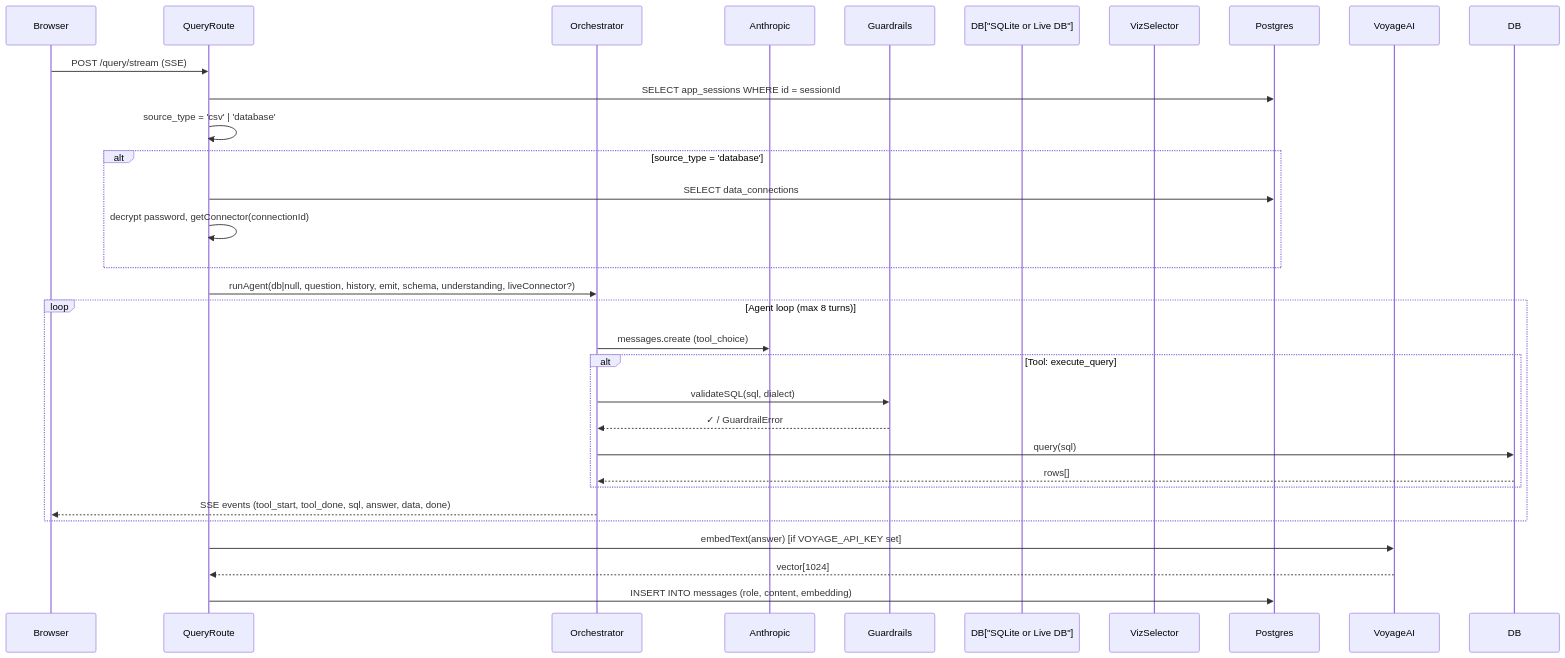
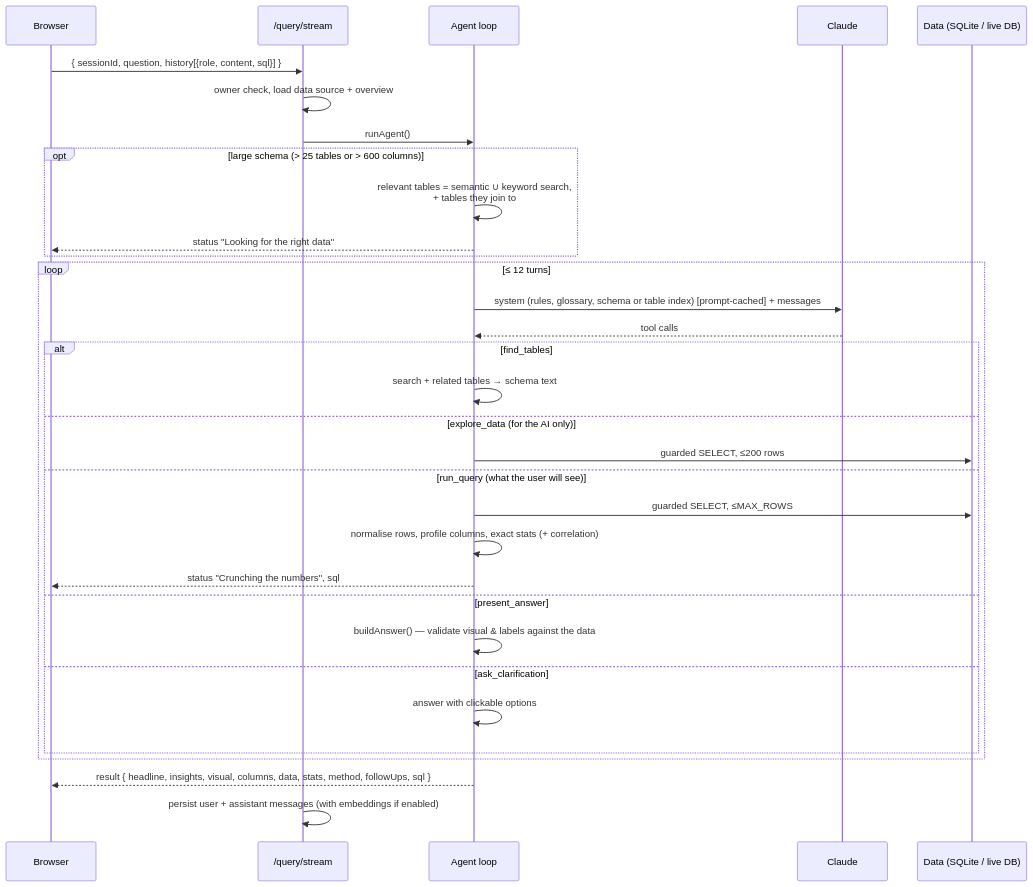
One commit to lawlesx/clairvoyance changed the fourth of 6 diagrams in ARCHITECTURE.md. Above: the diagram before and after it, drawn with Mermaid. The commit also changed other lines of this file and 61 other files, not shown here.

````diff
--- a/ARCHITECTURE.md
+++ b/ARCHITECTURE.md
@@ -226,38 +133,35 @@
 ```mermaid
 sequenceDiagram
-    participant Browser
-    participant QueryRoute
-    participant Orchestrator
-    participant Anthropic
-    participant Guardrails
-    participant DB["SQLite or Live DB"]
-    participant VizSelector
-    participant Postgres
-    participant VoyageAI
+    participant B as Browser
+    participant Q as /query/stream
+    participant A as Agent loop
+    participant C as Claude
+    participant D as Data (SQLite / live DB)
 
-    Browser->>QueryRoute: POST /query/stream (SSE)
-    QueryRoute->>Postgres: SELECT app_sessions WHERE id = sessionId
-    QueryRoute->>QueryRoute: source_type = 'csv' | 'database'
-
-    alt source_type = 'database'
-        QueryRoute->>Postgres: SELECT data_connections
-        QueryRoute->>QueryRoute: decrypt password, getConnector(connectionId)
+    B->>Q: { sessionId, question, history[{role, content, sql}] }
+    Q->>Q: owner check, load data source + overview
+    Q->>A: runAgent()
+    opt large schema (> 25 tables or > 600 columns)
+        A->>A: relevant tables = semantic ∪ keyword search,<br/>+ tables they join to
+        A-->>B: status "Looking for the right data"
     end
-
-    QueryRoute->>Orchestrator: runAgent(db|null, question, history, emit, schema, understanding, liveConnector?)
-
-    loop Agent loop (max 8 turns)
-        Orchestrator->>Anthropic: messages.create (tool_choice)
-        alt Tool: execute_query
-            Orchestrator->>Guardrails: validateSQL(sql, dialect)
-            Guardrails-->>Orchestrator: ✓ / GuardrailError
-            Orchestrator->>DB: query(sql)
-            DB-->>Orchestrator: rows[]
+    loop ≤ 12 turns
+        A->>C: system (rules, glossary, schema or table index) [prompt-cached] + messages
+        C-->>A: tool calls
+        alt find_tables
+            A->>A: search + related tables → schema text
+        else explore_data (for the AI only)
+            A->>D: guarded SELECT, ≤200 rows
+        else run_query (what the user will see)
+            A->>D: guarded SELECT, ≤MAX_ROWS
+            A->>A: normalise rows, profile columns, exact stats (+ correlation)
+            A-->>B: status "Crunching the numbers", sql
+        else present_answer
+            A->>A: buildAnswer() — validate visual & labels against the data
+        else ask_clarification
+            A->>A: answer with clickable options
         end
-        Orchestrator-->>Browser: SSE events (tool_start, tool_done, sql, answer, data, done)
     end
-
-    QueryRoute->>VoyageAI: embedText(answer) [if VOYAGE_API_KEY set]
-    VoyageAI-->>QueryRoute: vector[1024]
-    QueryRoute->>Postgres: INSERT INTO messages (role, content, embedding)
+    A-->>B: result { headline, insights, visual, columns, data, stats, method, followUps, sql }
+    Q->>Q: persist user + assistant messages (with embeddings if enabled)
 ```
````
